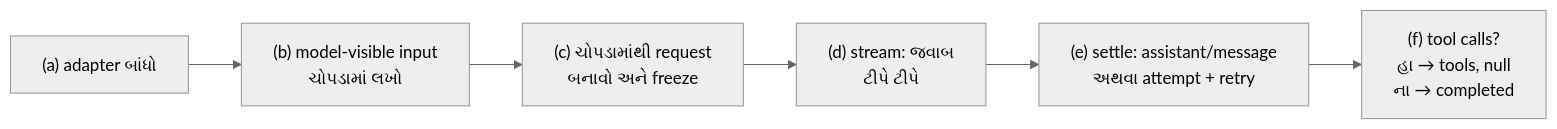
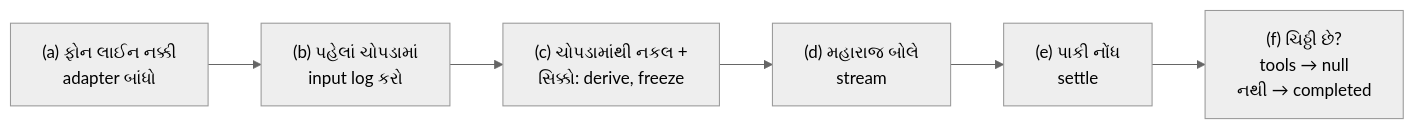
Before and after one commit to vrajkher/DeepSeekHarnessBookNEW: the second of 2 diagrams in book/01-request-ni-musafari.md, drawn with Mermaid (neutral theme). The commit also changed other lines of this file and 15 other files, not shown here.

````diff
--- a/book/01-request-ni-musafari.md
+++ b/book/01-request-ni-musafari.md
@@ -227,8 +305,8 @@
 ```mermaid
 flowchart LR
-  a["(a) adapter બાંધો"] --> b["(b) model-visible input<br/>ચોપડામાં લખો"]
-  b --> c["(c) ચોપડામાંથી request<br/>બનાવો અને freeze"]
-  c --> d["(d) stream: જવાબ<br/>ટીપે ટીપે"]
-  d --> e["(e) settle: assistant/message<br/>અથવા attempt + retry"]
-  e --> f["(f) tool calls?<br/>હા → tools, null<br/>ના → completed"]
+  a["(a) ફોન લાઈન નક્કી<br/>adapter બાંધો"] --> b["(b) પહેલાં ચોપડામાં<br/>input log કરો"]
+  b --> c["(c) ચોપડામાંથી નકલ +<br/>સિક્કો: derive, freeze"]
+  c --> d["(d) મહારાજ બોલે<br/>stream"]
+  d --> e["(e) પાકી નોંધ<br/>settle"]
+  e --> f["(f) ચિઠ્ઠી છે?<br/>tools → null<br/>નથી → completed"]
 ```
````
